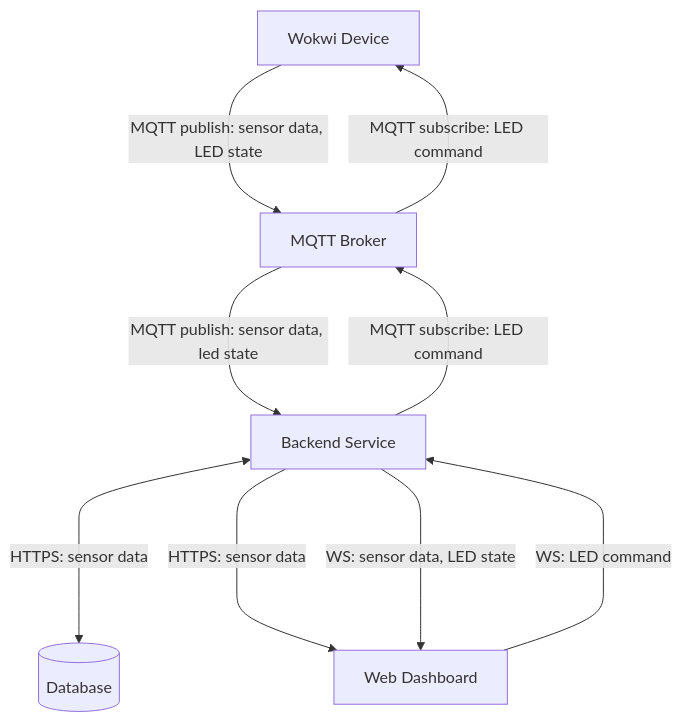
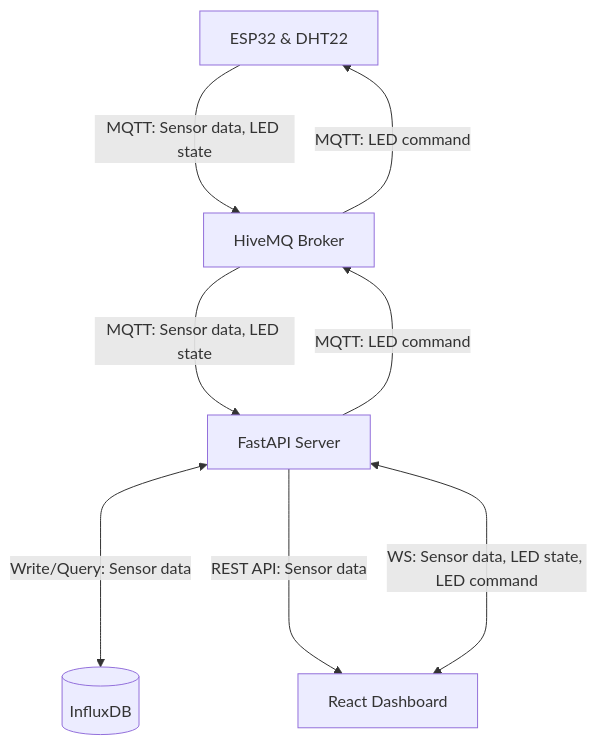
The diagram in README.md (aangelinux/internet-of-things), drawn with Mermaid before and after one commit. The commit also changed other lines of this file, not shown here.

````diff
--- a/README.md
+++ b/README.md
@@ -27,17 +36,16 @@
 ```mermaid
 flowchart TD
-    A[Wokwi Device] 
-    B[MQTT Broker]
-    C[Backend Service]
-    D[(Database)]
-    E[Web Dashboard]
+    A[ESP32 & DHT22] 
+    B[HiveMQ Broker]
+    C[FastAPI Server]
+    D[(InfluxDB)]
+    E[React Dashboard]
 
-    A --->|MQTT publish: sensor data, LED state| B
-    B --->|MQTT subscribe: LED command| A
-    B --->|MQTT publish: sensor data, led state| C
-    C --->|MQTT subscribe: LED command| B
-    C <---->|HTTPS: sensor data| D
-    C ---->|HTTPS: sensor data| E
-    C ---->|WS: sensor data, LED state| E
-    E ---->|WS: LED command| C
+    A --->|MQTT: Sensor data, LED state| B
+    B --->|MQTT: LED command| A
+    B --->|MQTT: Sensor data, LED state| C
+    C --->|MQTT: LED command| B
+    C <---->|Write/Query: Sensor data| D
+    C ---->|REST API: Sensor data| E
+    C <---->|WS: Sensor data, LED state, LED command| E
 ```
````
